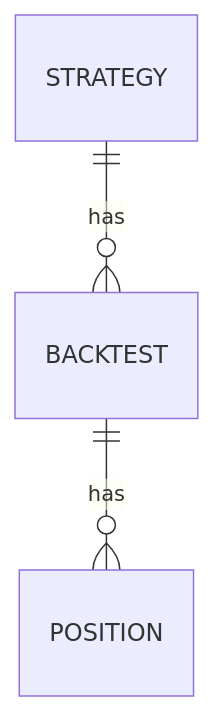
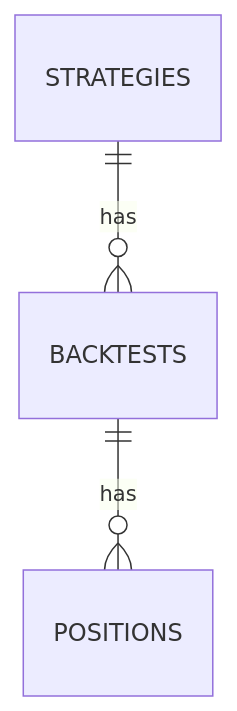
The second of 2 diagrams in README.md (refi-refi/DjangoBackend), drawn with Mermaid before and after one commit. The commit also changed other lines of this file and 14 other files, not shown here.

````diff
--- a/README.md
+++ b/README.md
@@ -80,5 +71,5 @@
 ```mermaid
     erDiagram
-        STRATEGY ||--o{ BACKTEST : has
-        BACKTEST ||--o{ POSITION : has
+        STRATEGIES ||--o{ BACKTESTS : has
+        BACKTESTS ||--o{ POSITIONS : has
 ```
````
